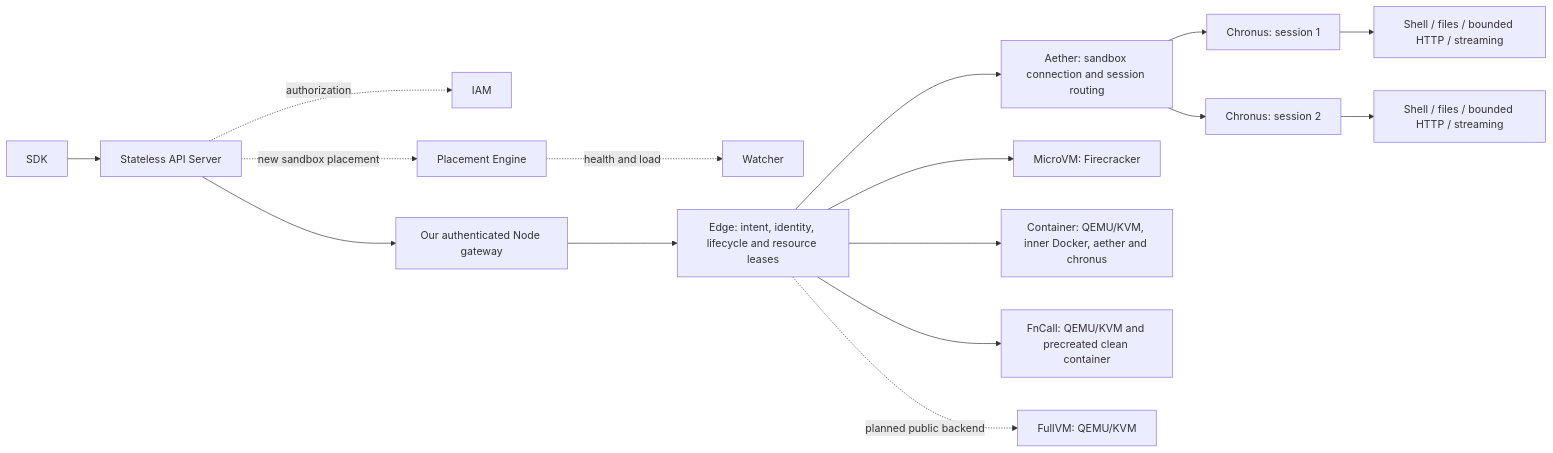
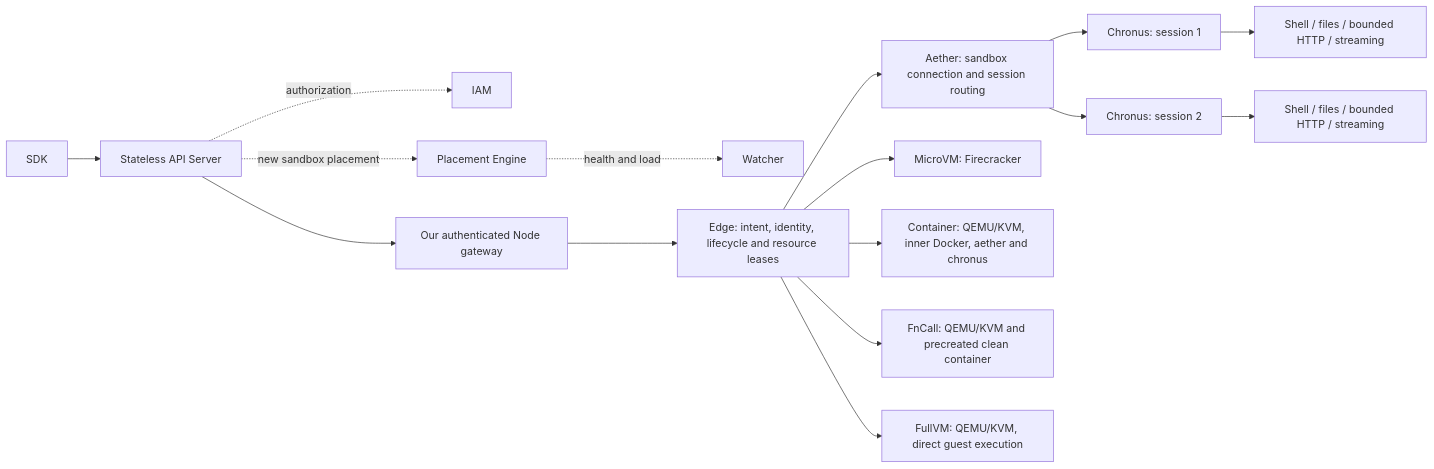
One commit to QingdiMeng/dsec-reproduce changed the diagram in docs/architecture/EXECUTION_ISOLATION.md. Above: the diagram before and after it, drawn with Mermaid. The commit also changed other lines of this file and 19 other files, not shown here.

````diff
--- a/docs/architecture/EXECUTION_ISOLATION.md
+++ b/docs/architecture/EXECUTION_ISOLATION.md
@@ -102,18 +107,18 @@
 ```mermaid
 flowchart LR
     SDK[SDK] --> API[Stateless API Server]
     API -. authorization .-> IAM[IAM]
     API -. new sandbox placement .-> P[Placement Engine]
     P -. health and load .-> W[Watcher]
     API --> G[Our authenticated Node gateway]
     G --> Edge[Edge: intent, identity, lifecycle and resource leases]
     Edge --> A[Aether: sandbox connection and session routing]
     A --> C1[Chronus: session 1]
     A --> C2[Chronus: session 2]
     C1 --> O1[Shell / files / bounded HTTP / streaming]
     C2 --> O2[Shell / files / bounded HTTP / streaming]
     Edge --> FC[MicroVM: Firecracker]
     Edge --> Q[Container: QEMU/KVM, inner Docker, aether and chronus]
     Edge --> FN[FnCall: QEMU/KVM and precreated clean container]
-    Edge -. planned public backend .-> FV[FullVM: QEMU/KVM]
+    Edge --> FV[FullVM: QEMU/KVM, direct guest execution]
 ```
````
